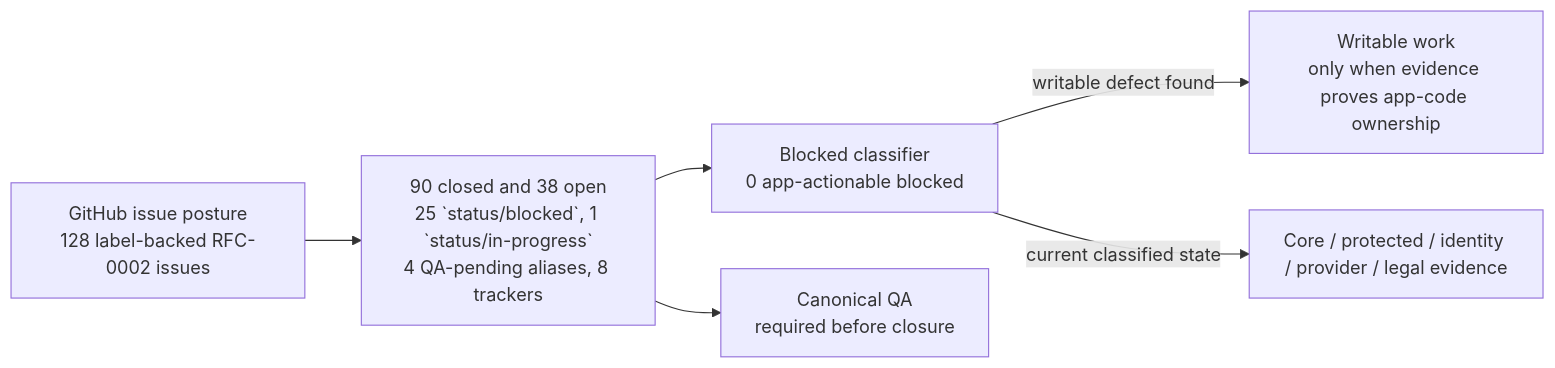
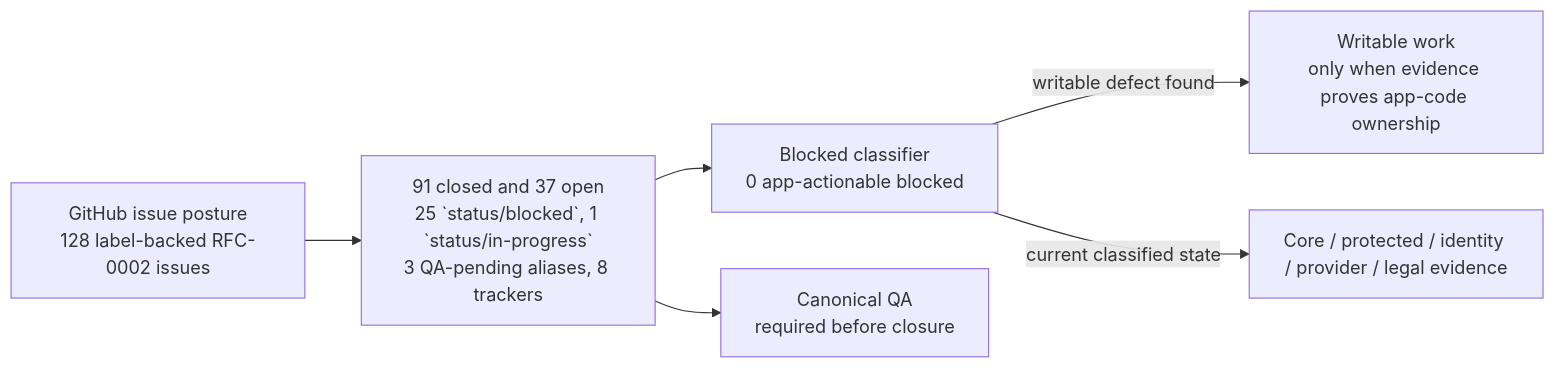
The first of 2 diagrams in wiki/RFC-0002-Execution-Status.md (sgajbi/lotus-idea), drawn with Mermaid before and after one commit. The commit also changed other lines of this file and 9 other files, not shown here.

````diff
--- a/wiki/RFC-0002-Execution-Status.md
+++ b/wiki/RFC-0002-Execution-Status.md
@@ -39,15 +39,15 @@
 ```mermaid
 flowchart LR
     Issues["GitHub issue posture<br/>128 label-backed RFC-0002 issues"]
-    Open["90 closed and 38 open<br/>25 `status/blocked`, 1 `status/in-progress`<br/>4 QA-pending aliases, 8 trackers"]
+    Open["91 closed and 37 open<br/>25 `status/blocked`, 1 `status/in-progress`<br/>3 QA-pending aliases, 8 trackers"]
     Blocked["Blocked classifier<br/>0 app-actionable blocked"]
     Work["Writable work<br/>only when evidence proves app-code ownership"]
     External["Core / protected / identity / provider / legal evidence"]
     QA["Canonical QA<br/>required before closure"]
 
     Issues --> Open
     Open --> Blocked
     Blocked -->|"writable defect found"| Work
     Blocked -->|"current classified state"| External
     Open --> QA
 ```
````
